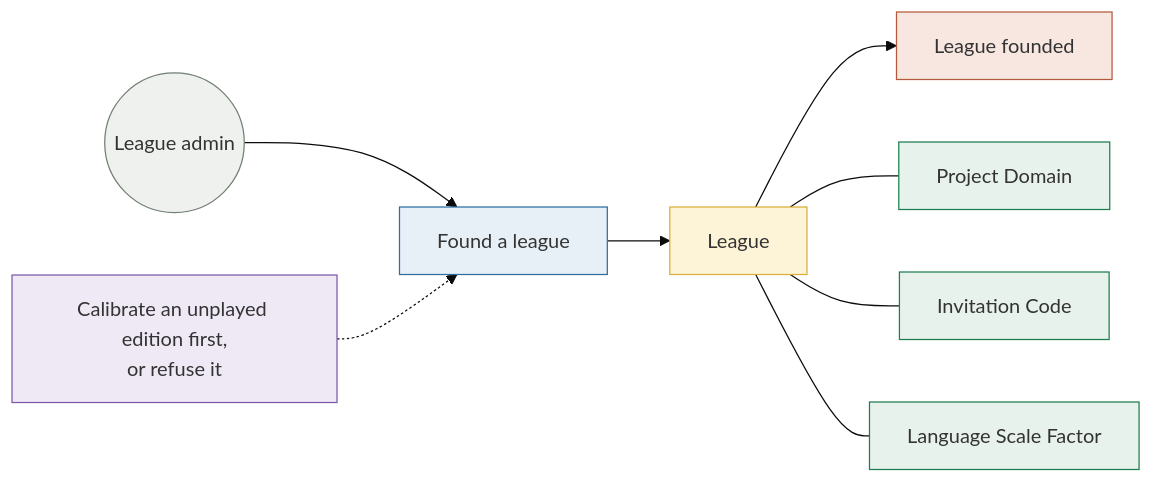
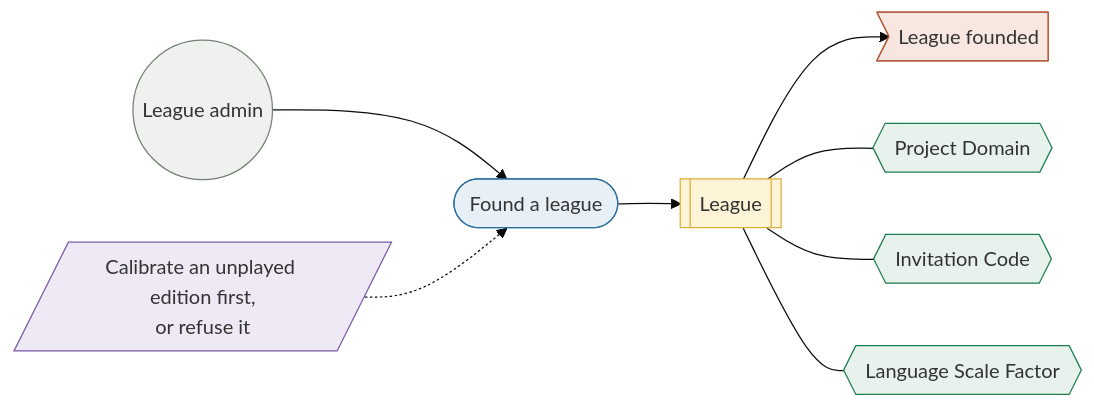
The second of 5 diagrams in docs/site/pages/overview/requirements.md (FantasyWiki/FantasyWiki), drawn with Mermaid (base theme) before and after one commit. The commit also changed other lines of this file and 20 other files, not shown here.

````diff
--- a/docs/site/pages/overview/requirements.md
+++ b/docs/site/pages/overview/requirements.md
@@ -55,17 +81,17 @@
 ```mermaid
 flowchart LR
-  A(("League admin")) --> C["Found a league"] --> G["League"] --> E["League founded"]
-  G --- V1["Project Domain"]
-  G --- V2["Invitation Code"]
-  G --- V3["Language Scale Factor"]
-  P["Calibrate an unplayed edition first,<br/>or refuse it"] -.-> C
+  A(("League admin")) --> C(["Found a league"]) --> G[["League"]] --> E>"League founded"]
+  G --- V1{{"Project Domain"}}
+  G --- V2{{"Invitation Code"}}
+  G --- V3{{"Language Scale Factor"}}
+  P[/"Calibrate an unplayed edition first,<br/>or refuse it"/] -.-> C
 
   classDef actor fill:#eef1ee,stroke:#737f73;
   classDef action fill:#e8f0f7,stroke:#2f6f9e;
   classDef agg fill:#fdf3d6,stroke:#d8b03a;
   classDef event fill:#f7e7e0,stroke:#b45a3c;
   classDef value fill:#e8f2ec,stroke:#1e7e50;
   classDef policy fill:#efe9f6,stroke:#7a5aa8;
   class A actor; class C action; class G agg; class E event;
   class V1,V2,V3 value; class P policy;
 ```
````
